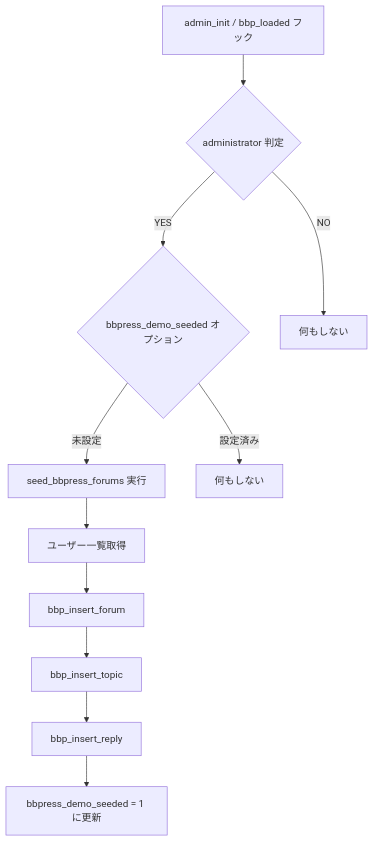
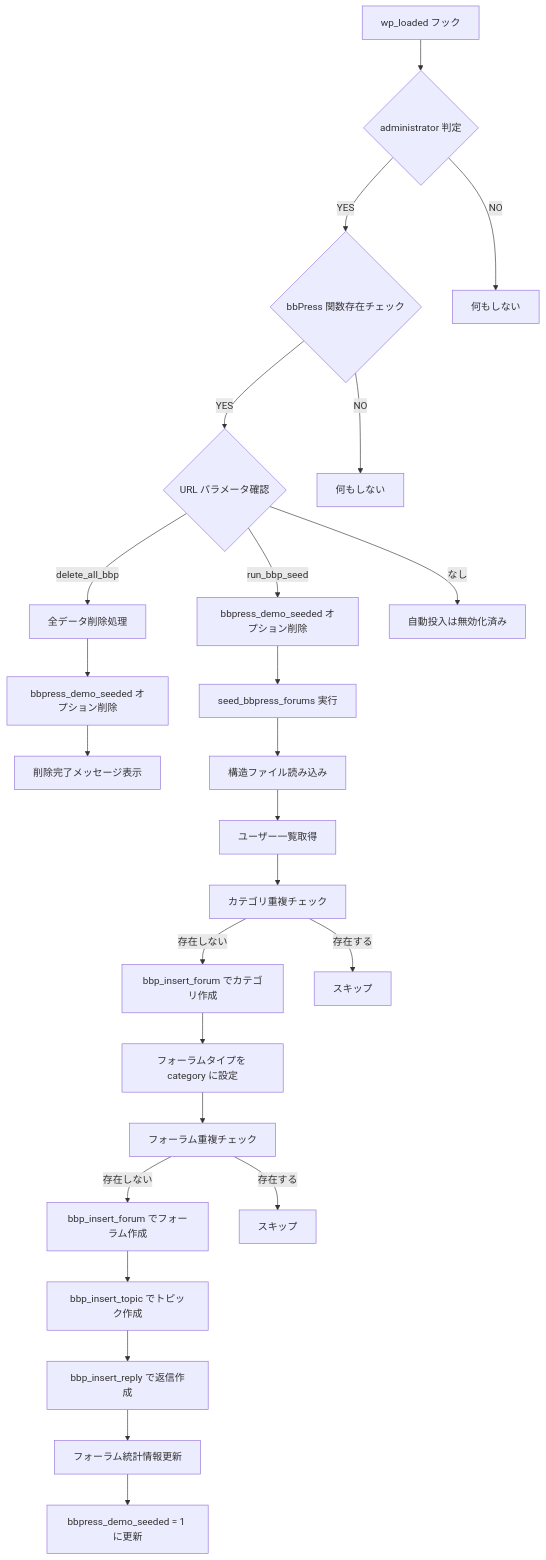
The diagram in docs/bbpress-seed-flow.md (idw-coder/wp-theme-bbpress), drawn with Mermaid before and after one commit. The commit also changed other lines of this file and 4 other files, not shown here.

````diff
--- a/docs/bbpress-seed-flow.md
+++ b/docs/bbpress-seed-flow.md
@@ -17,13 +17,27 @@
 ```mermaid
 graph TD
-    A[admin_init / bbp_loaded フック] --> B{administrator 判定}
-    B -->|YES| C{bbpress_demo_seeded オプション}
-    C -->|未設定| D[seed_bbpress_forums 実行]
-    D --> E[ユーザー一覧取得]
-    E --> F[bbp_insert_forum]
-    F --> G[bbp_insert_topic]
-    G --> H[bbp_insert_reply]
-    H --> I[bbpress_demo_seeded = 1 に更新]
-    C -->|設定済み| J[何もしない]
-    B -->|NO| K[何もしない]
+    A[wp_loaded フック] --> B{administrator 判定}
+    B -->|YES| C{bbPress 関数存在チェック}
+    C -->|YES| D{URL パラメータ確認}
+    D -->|delete_all_bbp| E[全データ削除処理]
+    E --> F[bbpress_demo_seeded オプション削除]
+    F --> G[削除完了メッセージ表示]
+    D -->|run_bbp_seed| H[bbpress_demo_seeded オプション削除]
+    H --> I[seed_bbpress_forums 実行]
+    I --> J[構造ファイル読み込み]
+    J --> K[ユーザー一覧取得]
+    K --> L[カテゴリ重複チェック]
+    L -->|存在しない| M[bbp_insert_forum でカテゴリ作成]
+    M --> N[フォーラムタイプを category に設定]
+    N --> O[フォーラム重複チェック]
+    O -->|存在しない| P[bbp_insert_forum でフォーラム作成]
+    P --> Q[bbp_insert_topic でトピック作成]
+    Q --> R[bbp_insert_reply で返信作成]
+    R --> S[フォーラム統計情報更新]
+    S --> T[bbpress_demo_seeded = 1 に更新]
+    D -->|なし| U[自動投入は無効化済み]
+    L -->|存在する| V[スキップ]
+    O -->|存在する| W[スキップ]
+    B -->|NO| X[何もしない]
+    C -->|NO| Y[何もしない]
 ```
````
